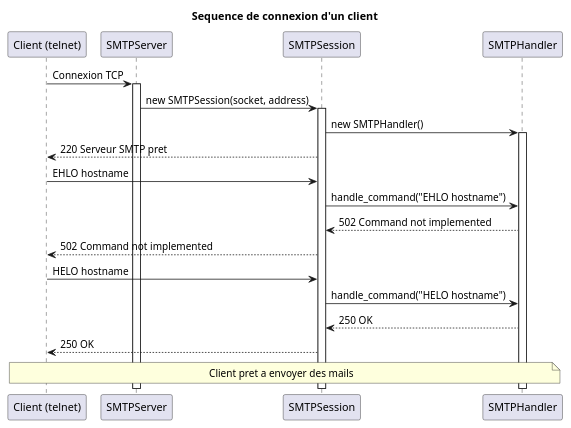
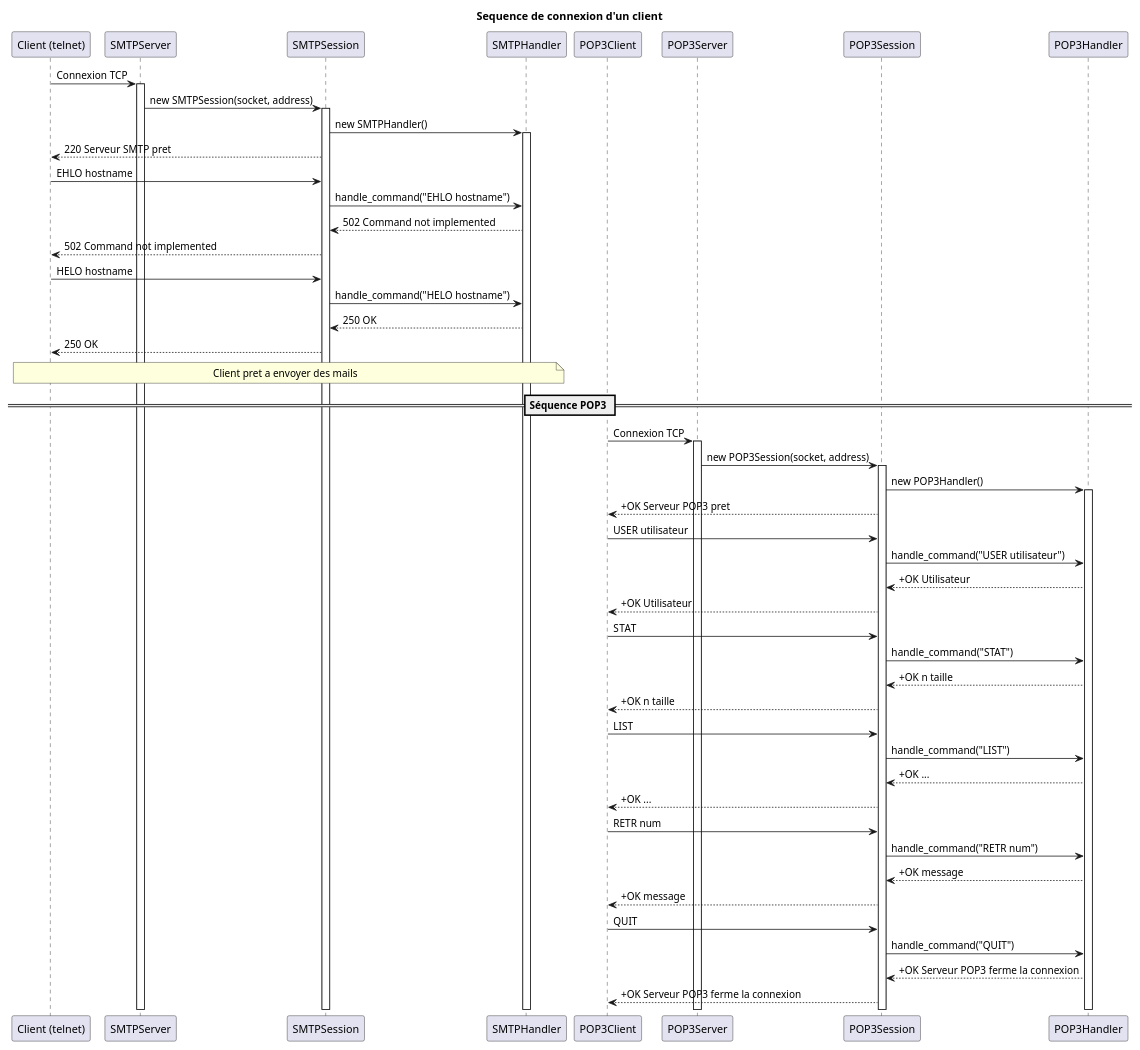
One commit to PouletTendre/projet-smtp changed the diagram in PlantUML/sequence_connexion.puml. Above: the diagram before and after it, drawn with PlantUML. The commit also changed 13 other files, not shown here.

Commit message:
nouveau UML

```diff
--- a/PlantUML/sequence_connexion.puml
+++ b/PlantUML/sequence_connexion.puml
@@ -1,33 +1,75 @@
 @startuml sequence_connexion_client
 
 title Sequence de connexion d'un client
 
 participant "Client (telnet)" as client
 participant "SMTPServer" as server
 participant "SMTPSession" as session
 participant "SMTPHandler" as handler
 
 client -> server : Connexion TCP
 activate server
 
 server -> session : new SMTPSession(socket, address)
 activate session
 
 session -> handler : new SMTPHandler()
 activate handler
 
 session --> client : 220 Serveur SMTP pret
 
 client -> session : EHLO hostname
 session -> handler : handle_command("EHLO hostname")
 handler --> session : 502 Command not implemented
 session --> client : 502 Command not implemented
 
 client -> session : HELO hostname
 session -> handler : handle_command("HELO hostname")
 handler --> session : 250 OK
 session --> client : 250 OK
 
 note over client, handler : Client pret a envoyer des mails
 
+== Séquence POP3 ==
+participant "POP3Client" as pop3_client
+participant "POP3Server" as pop3_server
+participant "POP3Session" as pop3_session
+participant "POP3Handler" as pop3_handler
+
+pop3_client -> pop3_server : Connexion TCP
+activate pop3_server
+
+pop3_server -> pop3_session : new POP3Session(socket, address)
+activate pop3_session
+
+pop3_session -> pop3_handler : new POP3Handler()
+activate pop3_handler
+
+pop3_session --> pop3_client : +OK Serveur POP3 pret
+
+pop3_client -> pop3_session : USER utilisateur
+pop3_session -> pop3_handler : handle_command("USER utilisateur")
+pop3_handler --> pop3_session : +OK Utilisateur
+pop3_session --> pop3_client : +OK Utilisateur
+
+pop3_client -> pop3_session : STAT
+pop3_session -> pop3_handler : handle_command("STAT")
+pop3_handler --> pop3_session : +OK n taille
+pop3_session --> pop3_client : +OK n taille
+
+pop3_client -> pop3_session : LIST
+pop3_session -> pop3_handler : handle_command("LIST")
+pop3_handler --> pop3_session : +OK ...
+pop3_session --> pop3_client : +OK ...
+
+pop3_client -> pop3_session : RETR num
+pop3_session -> pop3_handler : handle_command("RETR num")
+pop3_handler --> pop3_session : +OK message
+pop3_session --> pop3_client : +OK message
+
+pop3_client -> pop3_session : QUIT
+pop3_session -> pop3_handler : handle_command("QUIT")
+pop3_handler --> pop3_session : +OK Serveur POP3 ferme la connexion
+pop3_session --> pop3_client : +OK Serveur POP3 ferme la connexion
+
 @enduml
```
